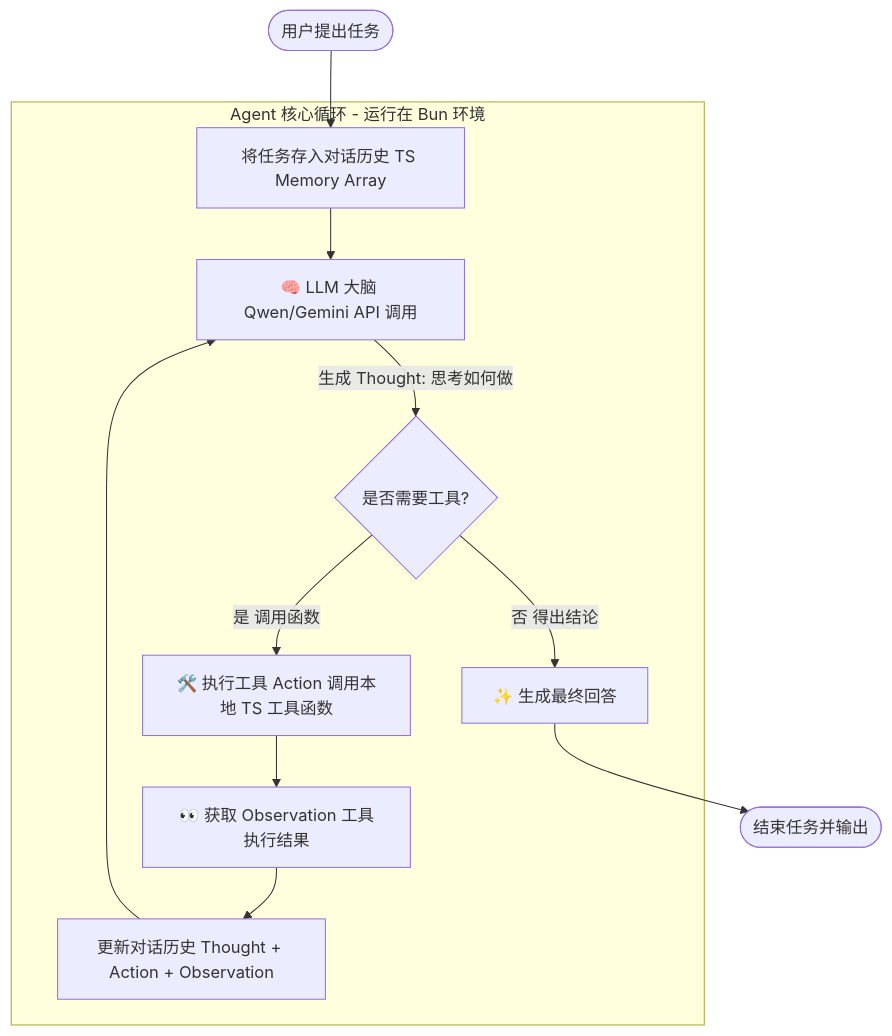
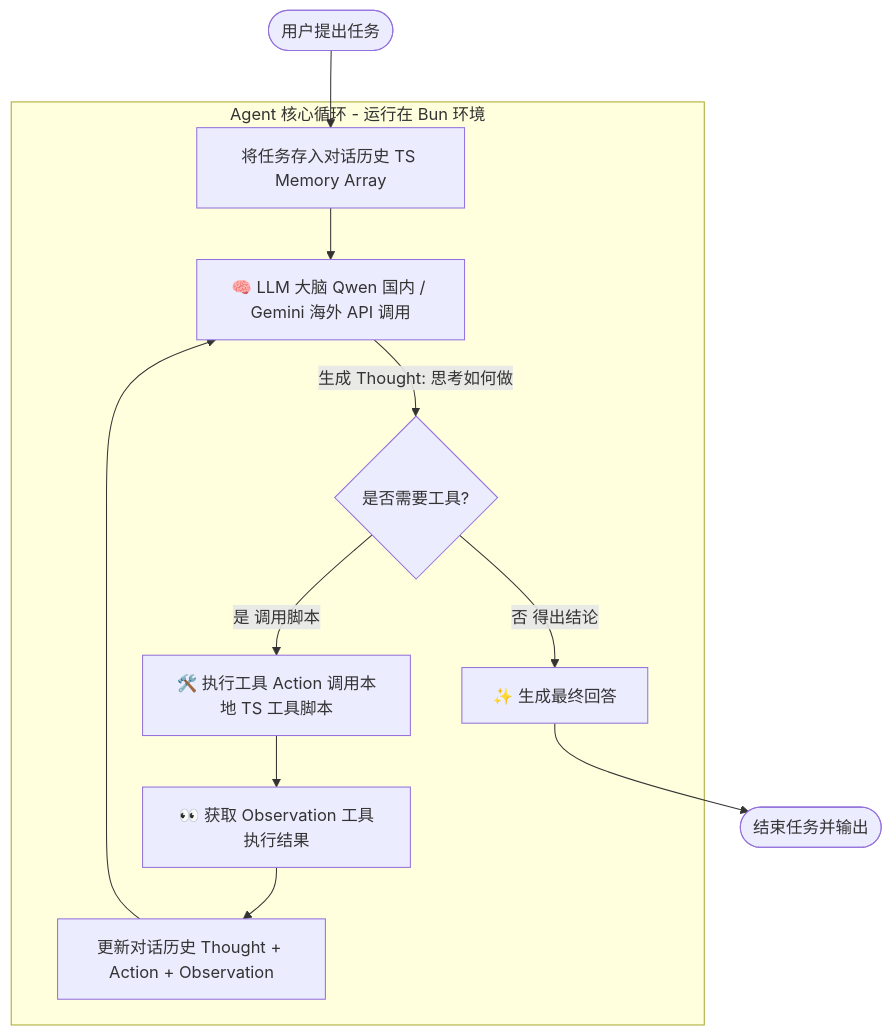
Before and after one commit to xin6v6/xin6v6.github.io: the diagram in content/ai/02-ai-agent-memo.md, drawn with Mermaid. The commit also changed other lines of this file and 1 other file, not shown here.

Commit message:
fix: correct Agent architecture diagram, reorder core abilities, clarify TS/Bun selection rationale

```diff
--- a/content/ai/02-ai-agent-memo.md
+++ b/content/ai/02-ai-agent-memo.md
@@ -45,24 +45,24 @@
 {{< mermaid >}}
 graph TD
     %% 外部输入输出
     Start([用户提出任务]) --> History[将任务存入对话历史 TS Memory Array]
     
     %% 核心 Agent 循环
     subgraph AgentLoop [Agent 核心循环 - 运行在 Bun 环境]
-        History --> LLM[🧠 LLM 大脑 Qwen/Gemini API 调用]
+        History --> LLM[🧠 LLM 大脑 Qwen 国内 / Gemini 海外 API 调用]
         
         LLM -- 生成 Thought: 思考如何做 --> Decide{是否需要工具?}
         
         %% 分支1：执行工具
-        Decide -- 是 调用函数 --> ExecuteTool[🛠️ 执行工具 Action 调用本地 TS 工具函数]
+        Decide -- 是 调用脚本 --> ExecuteTool[🛠️ 执行工具 Action 调用本地 TS 工具脚本]
         ExecuteTool --> Observe[👀 获取 Observation 工具执行结果]
         Observe --> UpdateHistory[更新对话历史 Thought + Action + Observation]
         UpdateHistory --> LLM
         
         %% 分支2：回答用户
         Decide -- 否 得出结论 --> FinalResponse[✨ 生成最终回答]
     end
     
     %% 外部输出
     FinalResponse --> End([结束任务并输出])
 {{< /mermaid >}}
```
